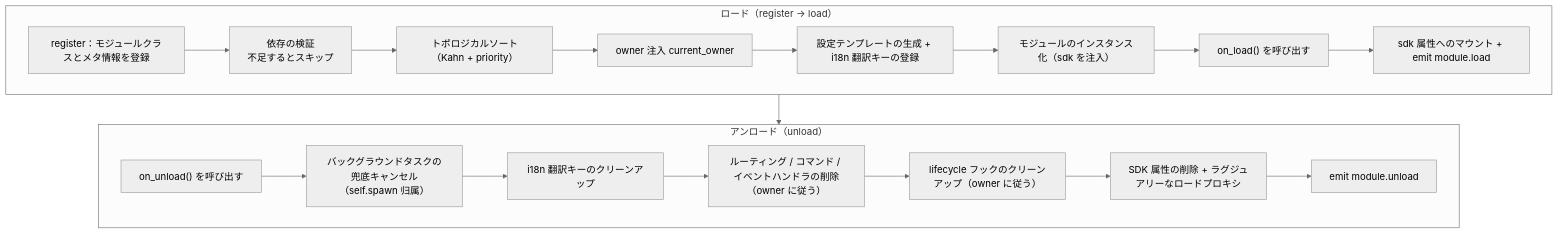
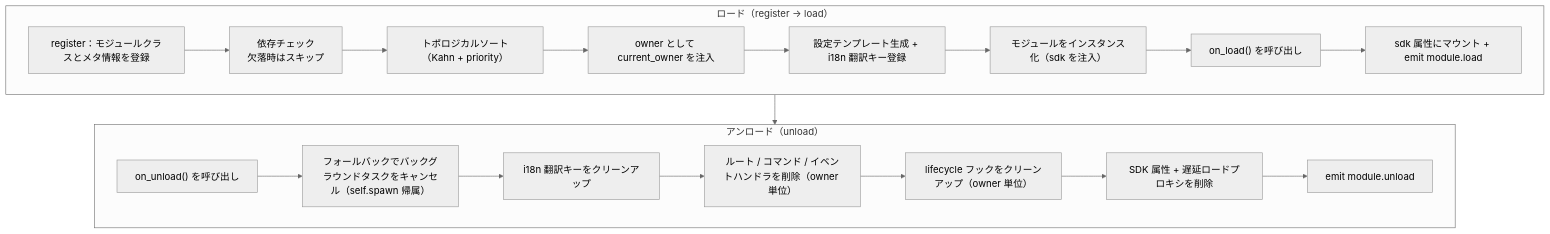
One commit to ErisPulse/ErisPulse changed the diagram in docs/ja/developer-guide/modules/core-concepts.md. Above: the diagram before and after it, drawn with Mermaid (neutral theme). The commit also changed other lines of this file and 234 other files, not shown here.

````diff
--- a/docs/ja/developer-guide/modules/core-concepts.md
+++ b/docs/ja/developer-guide/modules/core-concepts.md
@@ -111,23 +112,23 @@
 ```mermaid
 flowchart TD
     subgraph Load["ロード（register → load）"]
-        L1["register：モジュールクラスとメタ情報を登録"] --> L2["依存の検証<br/>不足するとスキップ"]
+        L1["register：モジュールクラスとメタ情報を登録"] --> L2["依存チェック<br/>欠落時はスキップ"]
         L2 --> L3["トポロジカルソート（Kahn + priority）"]
-        L3 --> L4["owner 注入 current_owner"]
-        L4 --> L5["設定テンプレートの生成 + i18n 翻訳キーの登録"]
-        L5 --> L6["モジュールのインスタンス化（sdk を注入）"]
-        L6 --> L7["on_load() を呼び出す"]
-        L7 --> L8["sdk 属性へのマウント + emit module.load"]
+        L3 --> L4["owner として current_owner を注入"]
+        L4 --> L5["設定テンプレート生成 + i18n 翻訳キー登録"]
+        L5 --> L6["モジュールをインスタンス化（sdk を注入）"]
+        L6 --> L7["on_load() を呼び出し"]
+        L7 --> L8["sdk 属性にマウント + emit module.load"]
     end
 
     subgraph Unload["アンロード（unload）"]
-        U1["on_unload() を呼び出す"] --> U2["バックグラウンドタスクの兜底キャンセル（self.spawn 归属）"]
-        U2 --> U3["i18n 翻訳キーのクリーンアップ"]
-        U3 --> U4["ルーティング / コマンド / イベントハンドラの削除（owner に従う）"]
-        U4 --> U5["lifecycle フックのクリーンアップ（owner に従う）"]
-        U5 --> U6["SDK 属性の削除 + ラグジュアリーなロードプロキシ"]
+        U1["on_unload() を呼び出し"] --> U2["フォールバックでバックグラウンドタスクをキャンセル（self.spawn 帰属）"]
+        U2 --> U3["i18n 翻訳キーをクリーンアップ"]
+        U3 --> U4["ルート / コマンド / イベントハンドラを削除（owner 単位）"]
+        U4 --> U5["lifecycle フックをクリーンアップ（owner 単位）"]
+        U5 --> U6["SDK 属性 + 遅延ロードプロキシを削除"]
         U6 --> U7["emit module.unload"]
     end
 
     Load --> Unload
 ```
````
